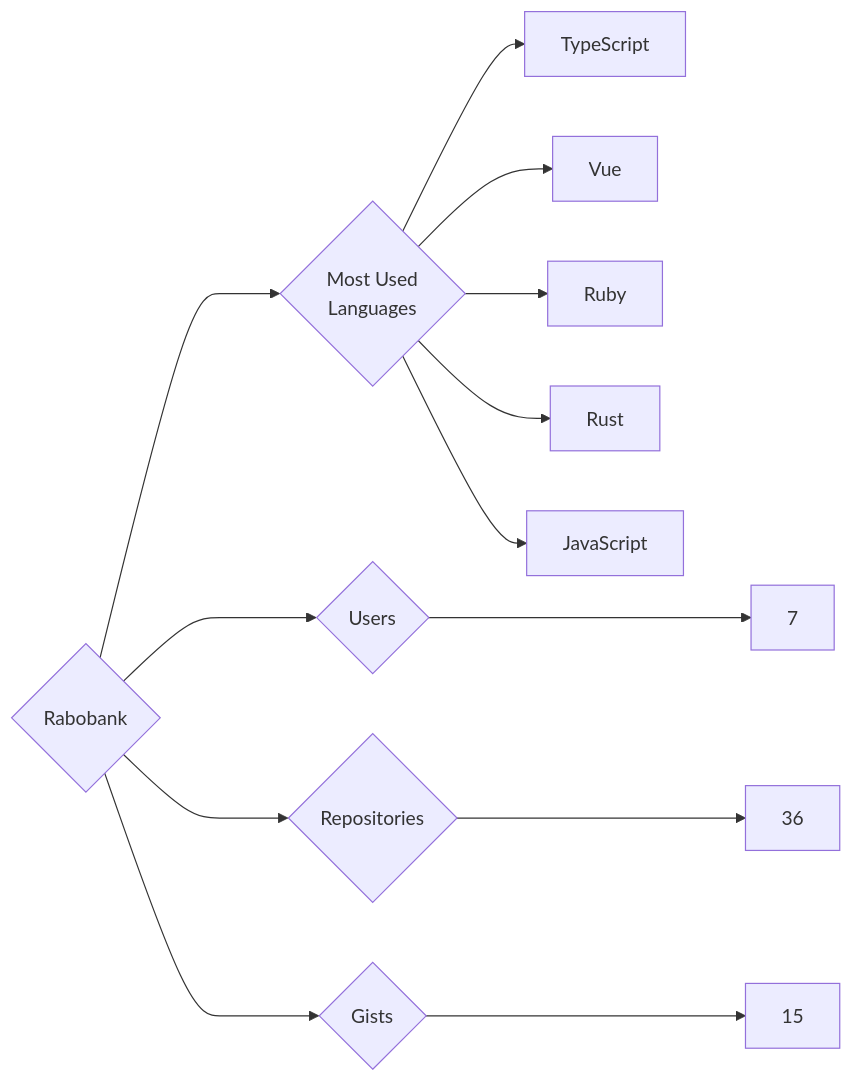
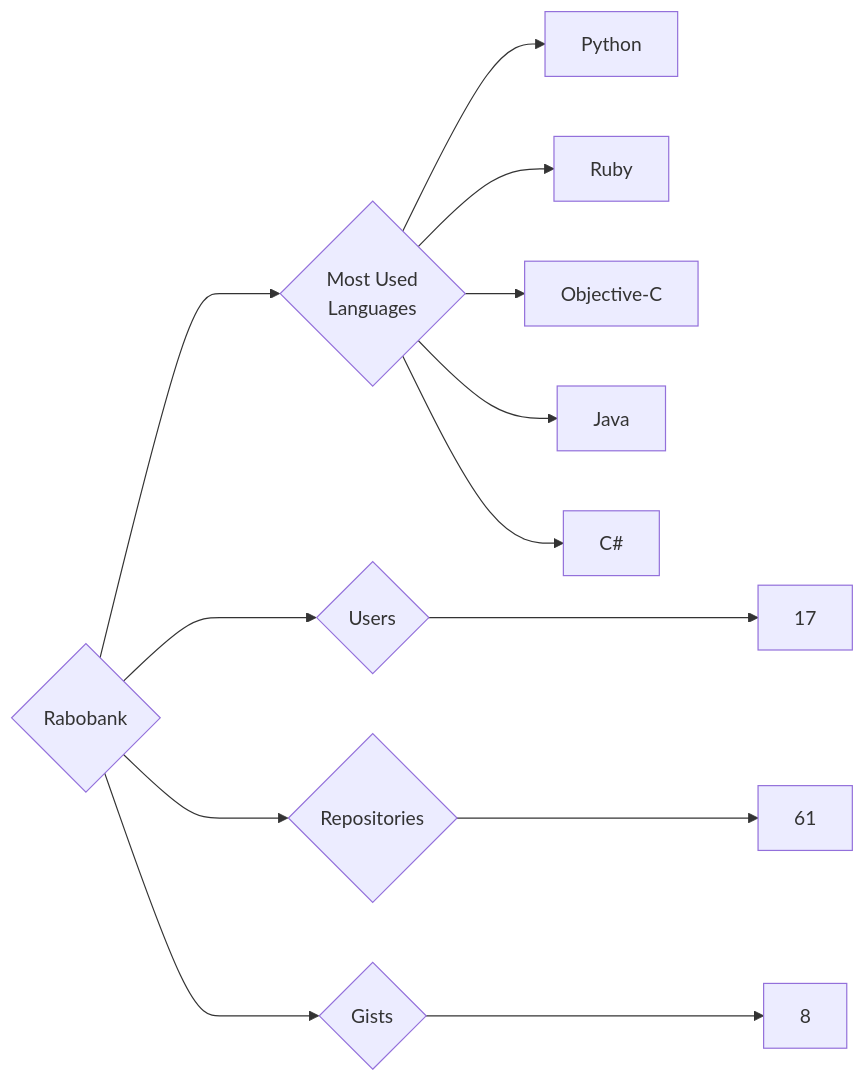
Before and after one commit to trickest/insiders: the diagram in targets/Rabobank/README.md, drawn with Mermaid. The commit also changed 877 other files, not shown here.

````diff
--- a/targets/Rabobank/README.md
+++ b/targets/Rabobank/README.md
@@ -3,13 +3,13 @@
 ```mermaid
 graph LR
 COMPANY_NAME{Rabobank}
-COMPANY_NAME ---> U{Users} ---> UN[7]
-COMPANY_NAME ---> R{Repositories} ---> RN[36]
-COMPANY_NAME ---> G{Gists} ---> GN[15]
+COMPANY_NAME ---> U{Users} ---> UN[17]
+COMPANY_NAME ---> R{Repositories} ---> RN[61]
+COMPANY_NAME ---> G{Gists} ---> GN[8]
 COMPANY_NAME ---> ML{Most Used<br>Languages}
-ML --> TypeScript[TypeScript]
-ML --> Vue[Vue]
+ML --> Python[Python]
 ML --> Ruby[Ruby]
-ML --> Rust[Rust]
-ML --> JavaScript[JavaScript]
+ML --> Objective-C[Objective-C]
+ML --> Java[Java]
+ML --> C#[C#]
 ```
````
